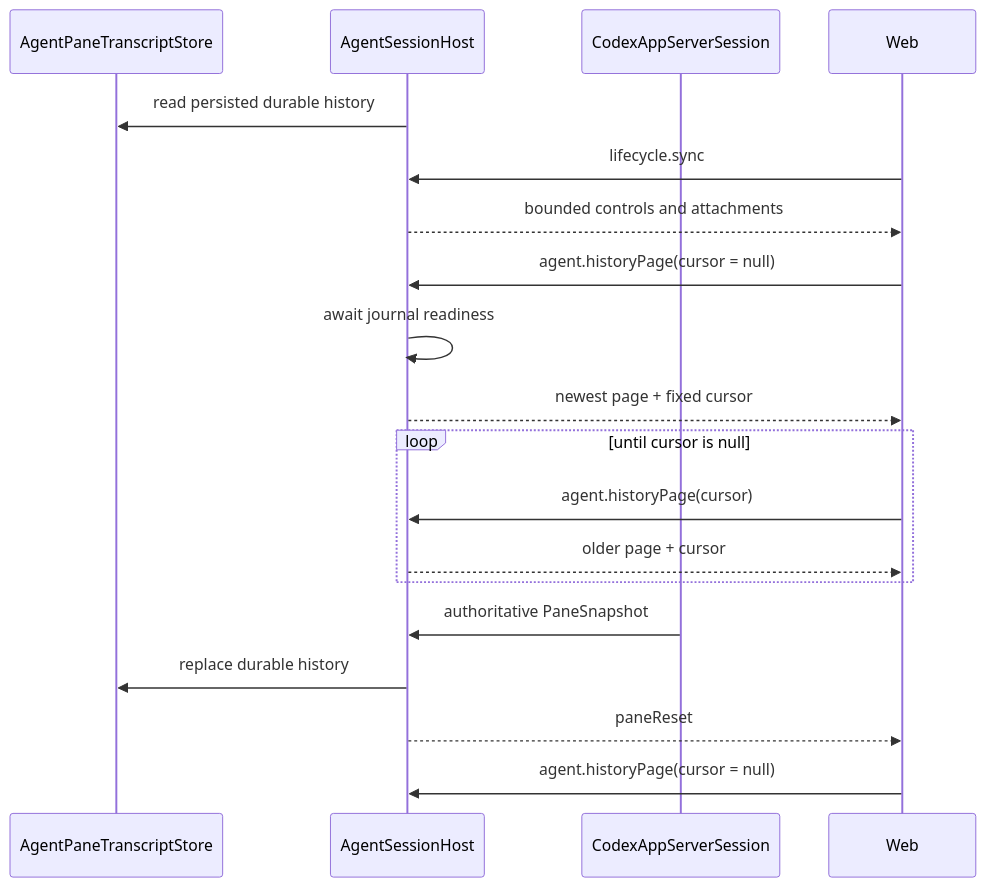
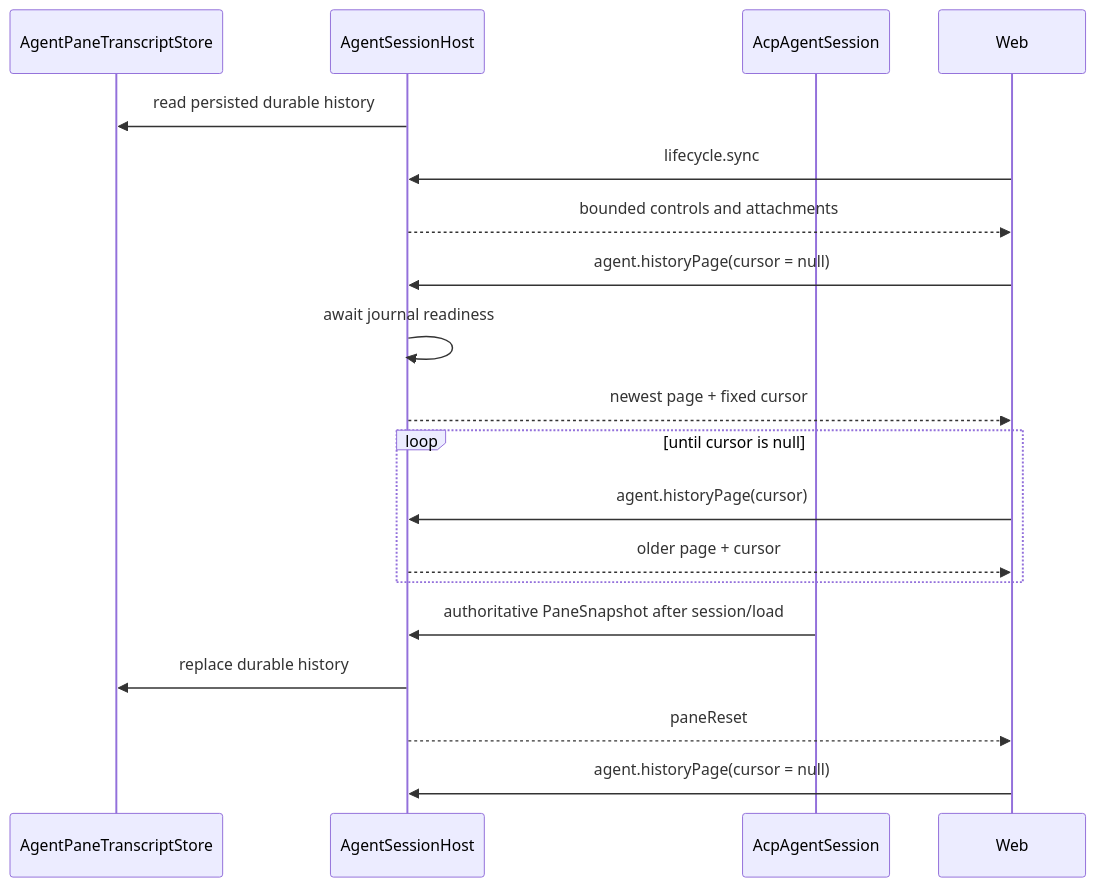
The diagram in docs/specs/agent-pane-persistence.md (Kapps/weavie), drawn with Mermaid before and after one commit. The commit also changed other lines of this file and 255 other files, not shown here.

Commit message:
Replace native Codex provider with generic ACP

````diff
--- a/docs/specs/agent-pane-persistence.md
+++ b/docs/specs/agent-pane-persistence.md
@@ -60,23 +61,23 @@
 ```mermaid
 sequenceDiagram
   participant Store as AgentPaneTranscriptStore
   participant Host as AgentSessionHost
-  participant Codex as CodexAppServerSession
+  participant ACP as AcpAgentSession
   participant Web
 
   Host->>Store: read persisted durable history
   Web->>Host: lifecycle.sync
   Host-->>Web: bounded controls and attachments
   Web->>Host: agent.historyPage(cursor = null)
   Host->>Host: await journal readiness
   Host-->>Web: newest page + fixed cursor
   loop until cursor is null
     Web->>Host: agent.historyPage(cursor)
     Host-->>Web: older page + cursor
   end
 
-  Codex->>Host: authoritative PaneSnapshot
+  ACP->>Host: authoritative PaneSnapshot after session/load
   Host->>Store: replace durable history
   Host-->>Web: paneReset
   Web->>Host: agent.historyPage(cursor = null)
 ```
````
